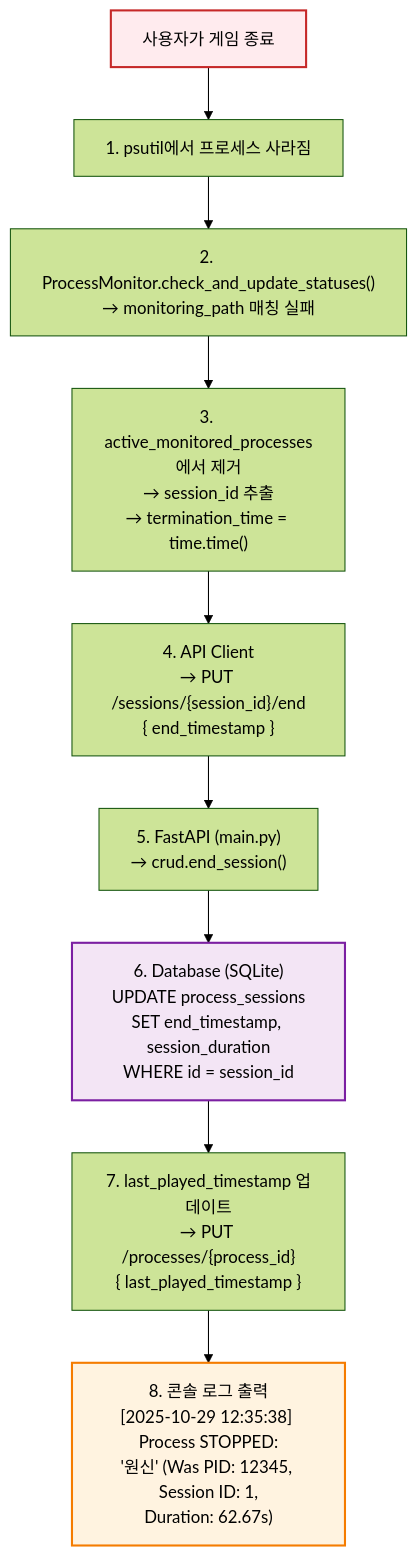
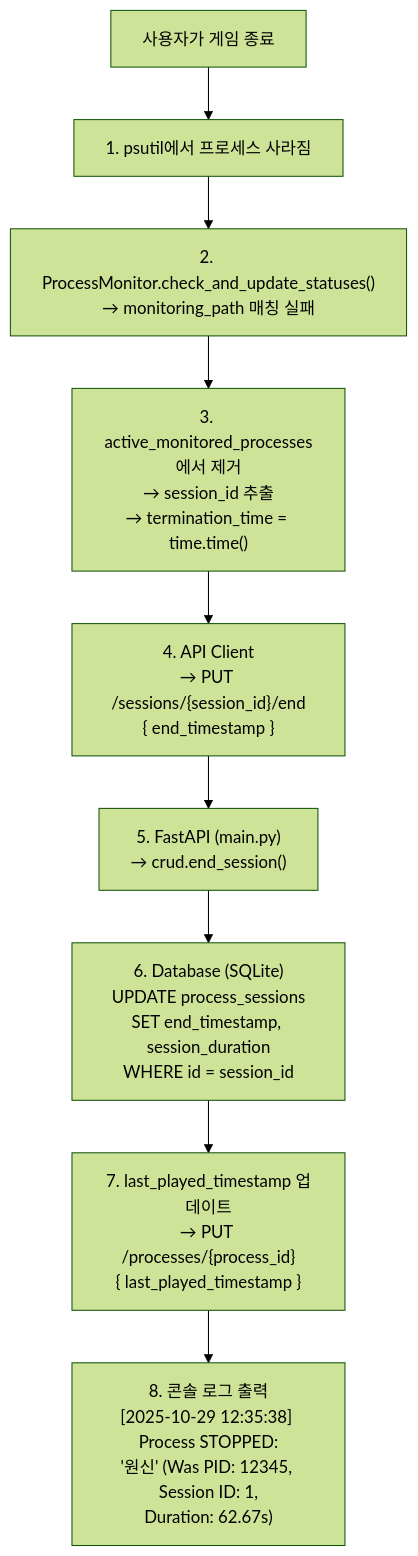
Before and after one commit to lsh930309/HomeworkHelperServer: the sixth of 7 diagrams in docs/architecture.md, drawn with Mermaid (forest theme). The commit also changed other lines of this file and 4 other files, not shown here.

First line of the commit message:
docs: 문서 통합 정리 및 Mermaid 다이어그램 개선

````diff
--- a/docs/architecture.md
+++ b/docs/architecture.md
@@ -605,15 +588,11 @@
 ```mermaid
 flowchart TD
     Start["사용자가 게임 종료"] --> Step1["1. psutil에서 프로세스 사라짐"]
     Step1 --> Step2["2. ProcessMonitor.check_and_update_statuses()<br/>→ monitoring_path 매칭 실패"]
     Step2 --> Step3["3. active_monitored_processes에서 제거<br/>→ session_id 추출<br/>→ termination_time = time.time()"]
     Step3 --> Step4["4. API Client<br/>→ PUT /sessions/{session_id}/end<br/>{ end_timestamp }"]
     Step4 --> Step5["5. FastAPI (main.py)<br/>→ crud.end_session()"]
     Step5 --> Step6["6. Database (SQLite)<br/>UPDATE process_sessions<br/>SET end_timestamp, session_duration<br/>WHERE id = session_id"]
     Step6 --> Step7["7. last_played_timestamp 업데이트<br/>→ PUT /processes/{process_id}<br/>{ last_played_timestamp }"]
     Step7 --> Step8["8. 콘솔 로그 출력<br/>[2025-10-29 12:35:38] Process STOPPED:<br/>'원신' (Was PID: 12345, Session ID: 1,<br/>Duration: 62.67s)"]
-
-    style Start fill:#ffebee,stroke:#c62828,stroke-width:2px
-    style Step6 fill:#f3e5f5,stroke:#7b1fa2,stroke-width:2px
-    style Step8 fill:#fff3e0,stroke:#f57c00,stroke-width:2px
 ```
````
